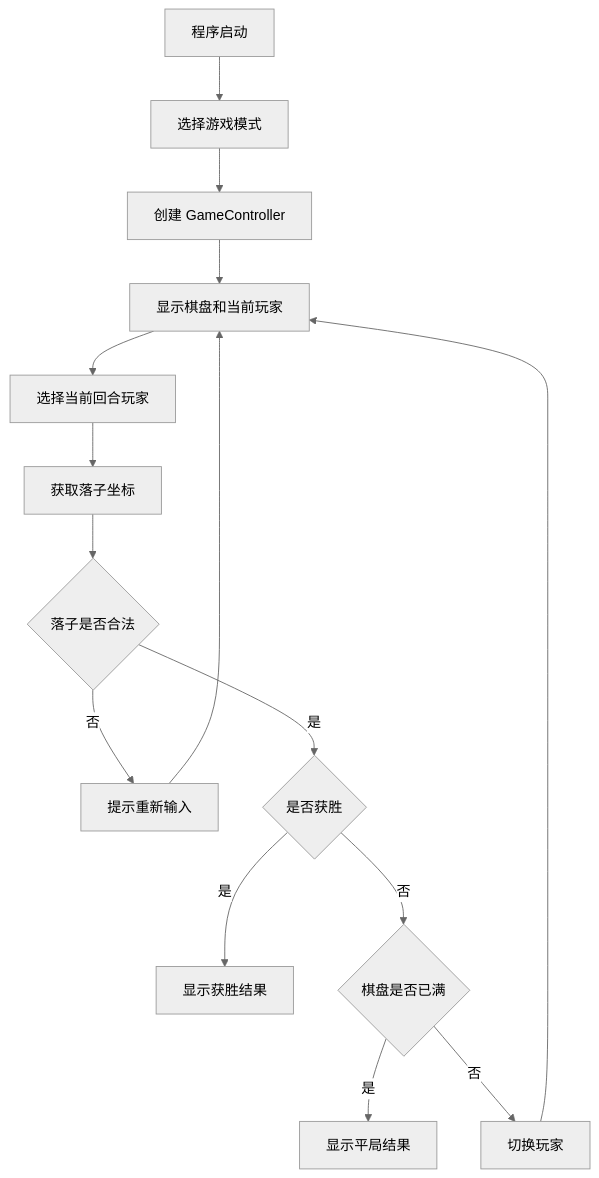
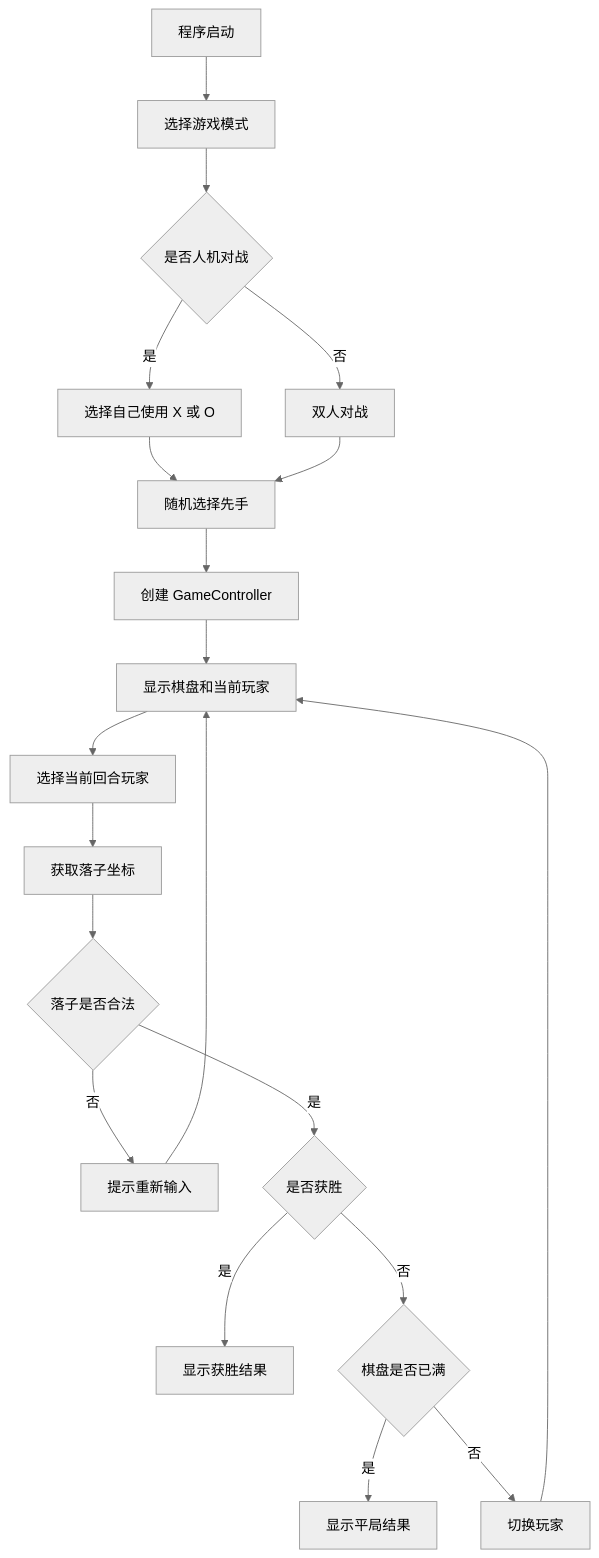
One commit to user-name123322/ProjectMorpion changed the third of 3 diagrams in 软件工程大作业报告.md. Above: the diagram before and after it, drawn with Mermaid (neutral theme). The commit also changed other lines of this file, not shown here.

````diff
--- a/软件工程大作业报告.md
+++ b/软件工程大作业报告.md
@@ -152,17 +164,22 @@
 ```mermaid
 flowchart TD
     A["程序启动"] --> B["选择游戏模式"]
-    B --> C["创建 GameController"]
-    C --> D["显示棋盘和当前玩家"]
-    D --> E["选择当前回合玩家"]
-    E --> F["获取落子坐标"]
-    F --> G{"落子是否合法"}
-    G -- 否 --> H["提示重新输入"]
-    H --> D
-    G -- 是 --> I{"是否获胜"}
-    I -- 是 --> J["显示获胜结果"]
-    I -- 否 --> K{"棋盘是否已满"}
-    K -- 是 --> L["显示平局结果"]
-    K -- 否 --> M["切换玩家"]
-    M --> D
+    B --> C{"是否人机对战"}
+    C -- 是 --> D["选择自己使用 X 或 O"]
+    C -- 否 --> E["双人对战"]
+    D --> F["随机选择先手"]
+    E --> F
+    F --> G["创建 GameController"]
+    G --> H["显示棋盘和当前玩家"]
+    H --> I["选择当前回合玩家"]
+    I --> J["获取落子坐标"]
+    J --> K{"落子是否合法"}
+    K -- 否 --> L["提示重新输入"]
+    L --> H
+    K -- 是 --> M{"是否获胜"}
+    M -- 是 --> N["显示获胜结果"]
+    M -- 否 --> O{"棋盘是否已满"}
+    O -- 是 --> P["显示平局结果"]
+    O -- 否 --> Q["切换玩家"]
+    Q --> H
 ```
````
